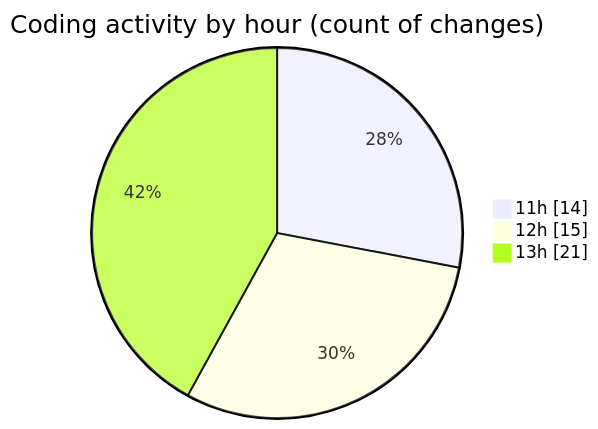
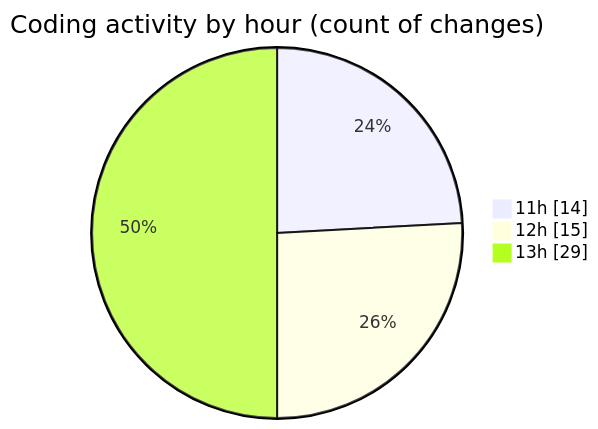
The second of 2 diagrams in 2025-07-09/argos/README.md (nxtqubesakshisongat/code-tracking), drawn with Mermaid before and after one commit. The commit also changed other lines of this file and 1 other file, not shown here.

````diff
--- a/2025-07-09/argos/README.md
+++ b/2025-07-09/argos/README.md
@@ -33,7 +33,7 @@
 ```mermaid
 pie showData
 title Coding activity by hour (count of changes)
 "11h" : 14
 "12h" : 15
-"13h" : 21
+"13h" : 29
 ```
````
